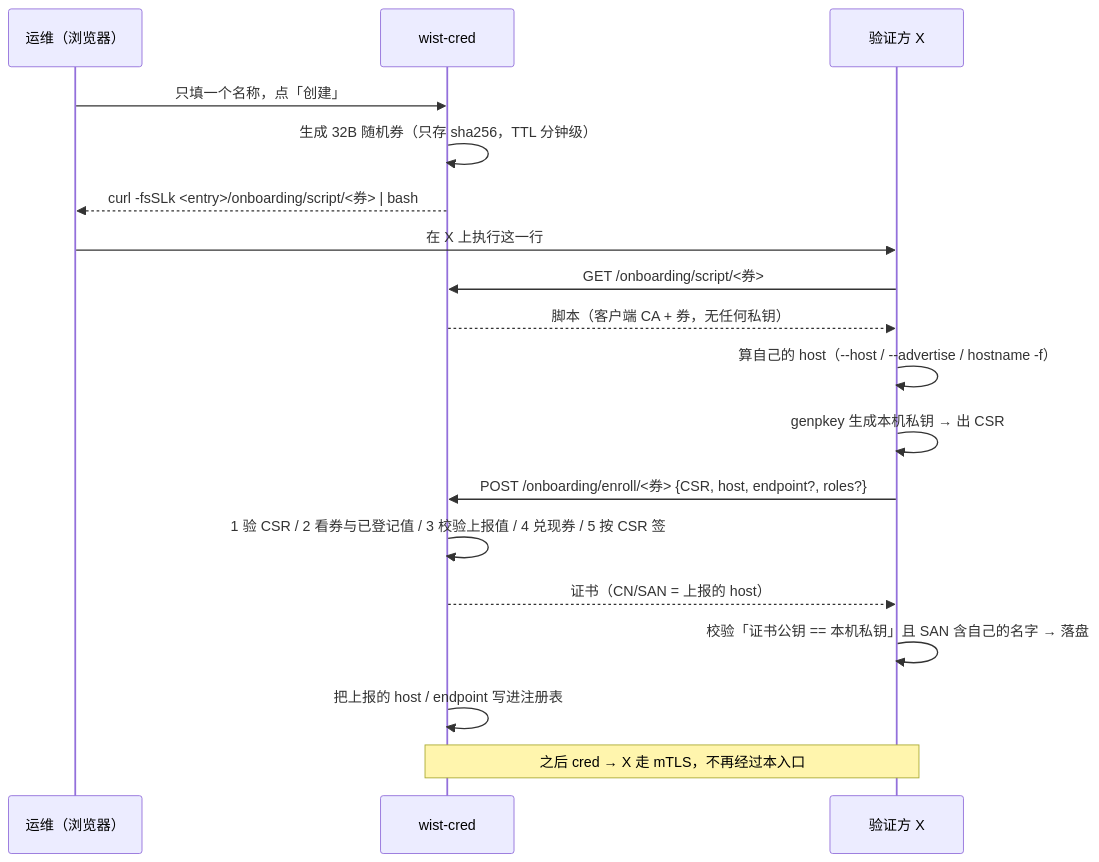
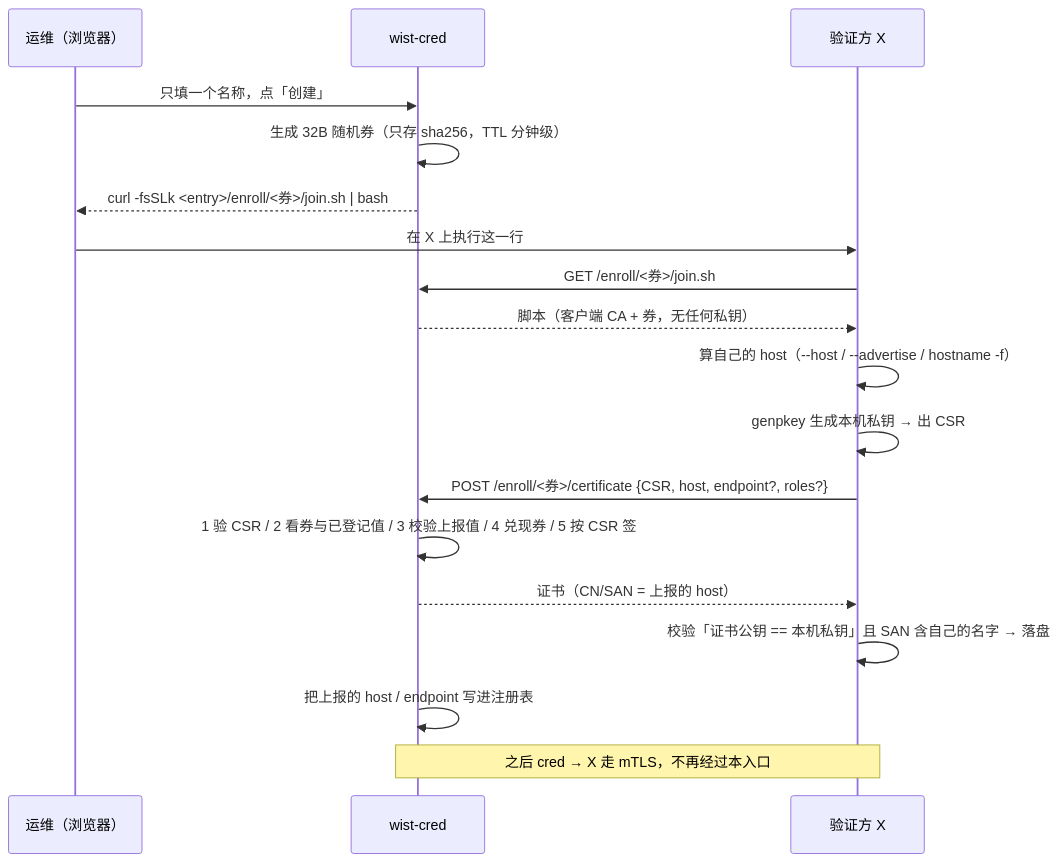
One commit to dayu-sec/wist-design changed the fourth of 4 diagrams in doc/design/foundation/auth-token-verification.md. Above: the diagram before and after it, drawn with Mermaid. The commit also changed other lines of this file, not shown here.

Commit message:
docs(auth): 接入面路径跟着 wist-cred 0.4.1 改名
/onboarding/script/<券> → /enroll/<券>/join.sh，/onboarding/enroll/<券> → /enroll/<券>/certificate，
管理面 /api/v1/onboarding/peers* → /api/v1/peers*（时序图与注册表来源表同步）。

````diff
--- a/doc/design/foundation/auth-token-verification.md
+++ b/doc/design/foundation/auth-token-verification.md
@@ -690,21 +690,21 @@
 ```mermaid
 sequenceDiagram
     participant Op as 运维（浏览器）
     participant C as wist-cred
     participant X as 验证方 X
 
     Op->>C: 只填一个名称，点「创建」
     C->>C: 生成 32B 随机券（只存 sha256，TTL 分钟级）
-    C-->>Op: curl -fsSLk <entry>/onboarding/script/<券> | bash
+    C-->>Op: curl -fsSLk <entry>/enroll/<券>/join.sh | bash
     Op->>X: 在 X 上执行这一行
-    X->>C: GET /onboarding/script/<券>
+    X->>C: GET /enroll/<券>/join.sh
     C-->>X: 脚本（客户端 CA + 券，无任何私钥）
     X->>X: 算自己的 host（--host / --advertise / hostname -f）
     X->>X: genpkey 生成本机私钥 → 出 CSR
-    X->>C: POST /onboarding/enroll/<券> {CSR, host, endpoint?, roles?}
+    X->>C: POST /enroll/<券>/certificate {CSR, host, endpoint?, roles?}
     C->>C: 1 验 CSR / 2 看券与已登记值 / 3 校验上报值 / 4 兑现券 / 5 按 CSR 签
     C-->>X: 证书（CN/SAN = 上报的 host）
     X->>X: 校验「证书公钥 == 本机私钥」且 SAN 含自己的名字 → 落盘
     C->>C: 把上报的 host / endpoint 写进注册表
     Note over X,C: 之后 cred → X 走 mTLS，不再经过本入口
 ```
````
